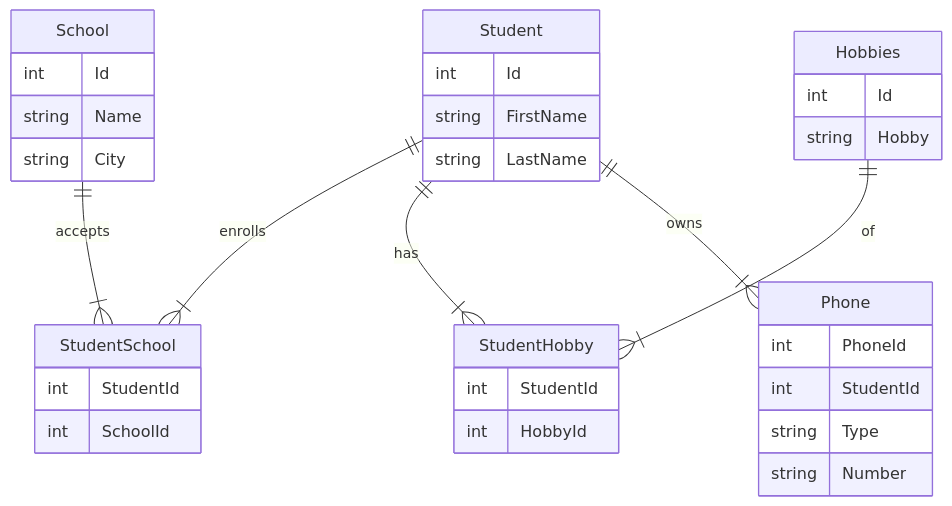
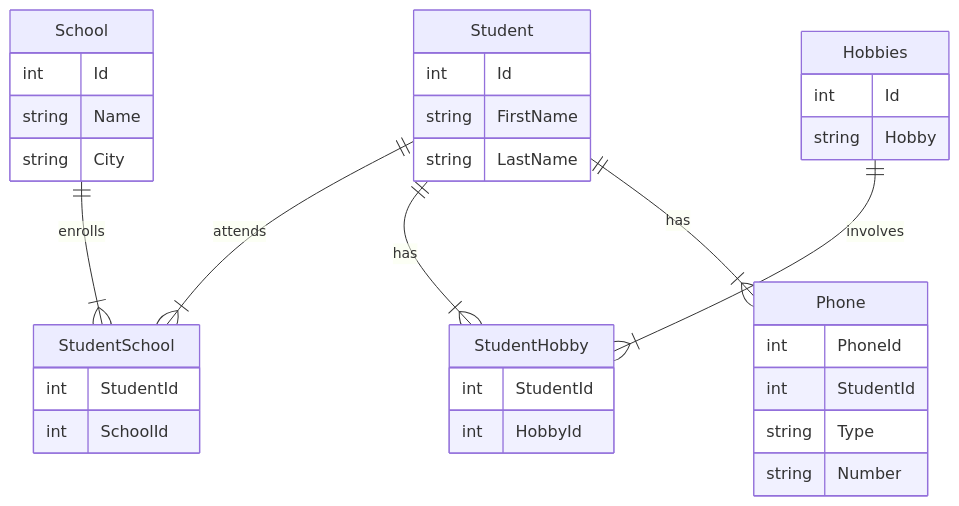
The diagram in README.md (dgonmt/db2022-inl), drawn with Mermaid before and after one commit.

Commit message:
Edited the ER-diagram

````diff
--- a/README.md
+++ b/README.md
@@ -8,39 +8,39 @@
 ```mermaid
 erDiagram
-    Student ||--|{ StudentSchool : enrolls
-    School ||--|{ StudentSchool : accepts
+    Student ||--|{ StudentSchool : attends
+    School ||--|{ StudentSchool : enrolls
     Student ||--|{ StudentHobby : has
-    Hobbies ||--|{ StudentHobby : of
-    Student ||--|{ Phone : owns
+    Hobbies ||--|{ StudentHobby : involves
+    Student ||--|{ Phone : has
 
 
 
     Hobbies {
     	int Id
 		string Hobby
     }
     Phone {
     	int PhoneId
 		int StudentId
 		string Type
 		string Number
     }
     StudentHobby {
 	  	int StudentId
 	  	int HobbyId 
     }
     StudentSchool {
         int StudentId
         int SchoolId
     }
     Student {
         int Id
         string FirstName
         string LastName
     }
     School {
         int Id
         string Name
         string City
     }
 ```
````
